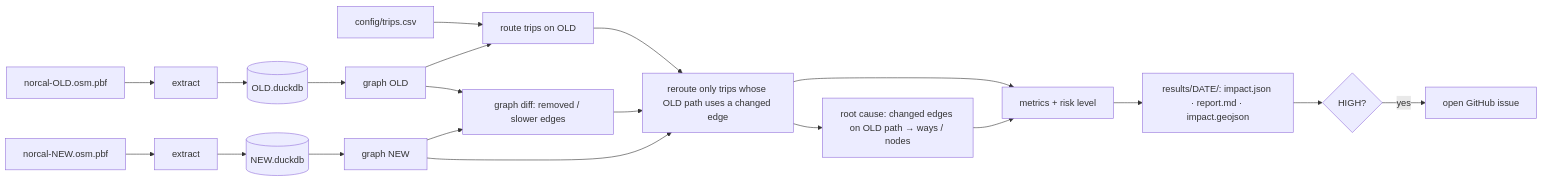
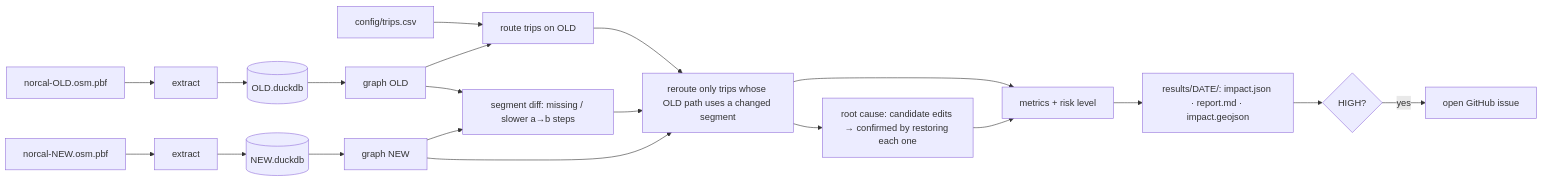
Before and after one commit to jar-narvz/route-impact: the first of 2 diagrams in docs/DESIGN.md, drawn with Mermaid. The commit also changed other lines of this file and 3 other files, not shown here.

````diff
--- a/docs/DESIGN.md
+++ b/docs/DESIGN.md
@@ -99,17 +100,17 @@
 ```mermaid
 flowchart LR
     old[norcal-OLD.osm.pbf] --> xo[extract] --> dbo[(OLD.duckdb)]
     new[norcal-NEW.osm.pbf] --> xn[extract] --> dbn[(NEW.duckdb)]
     dbo --> go[graph OLD]
     dbn --> gn[graph NEW]
     trips[config/trips.csv] --> route
     go --> route[route trips on OLD]
-    go & gn --> gdiff[graph diff: removed / slower edges]
-    route & gdiff --> inc[reroute only trips whose OLD path uses a changed edge]
+    go & gn --> gdiff[segment diff: missing / slower a→b steps]
+    route & gdiff --> inc[reroute only trips whose OLD path uses a changed segment]
     gn --> inc
-    inc --> rc[root cause: changed edges on OLD path → ways / nodes]
+    inc --> rc[root cause: candidate edits → confirmed by restoring each one]
     inc & rc --> risk[metrics + risk level]
     risk --> out[results/DATE/: impact.json · report.md · impact.geojson]
     out --> gate{HIGH?}
     gate -- yes --> issue[open GitHub issue]
 ```
````
